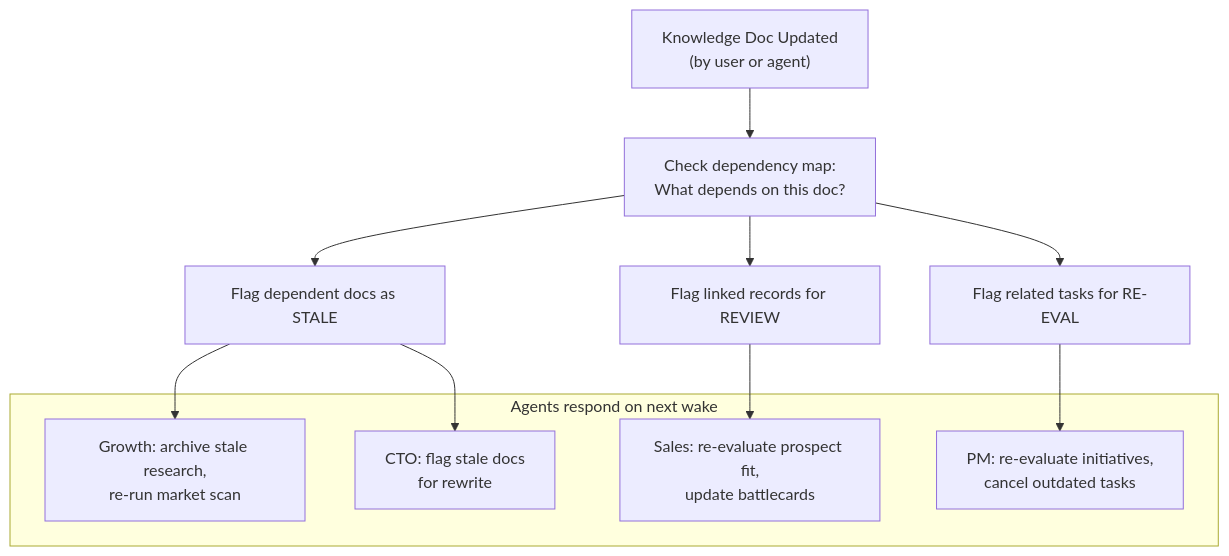
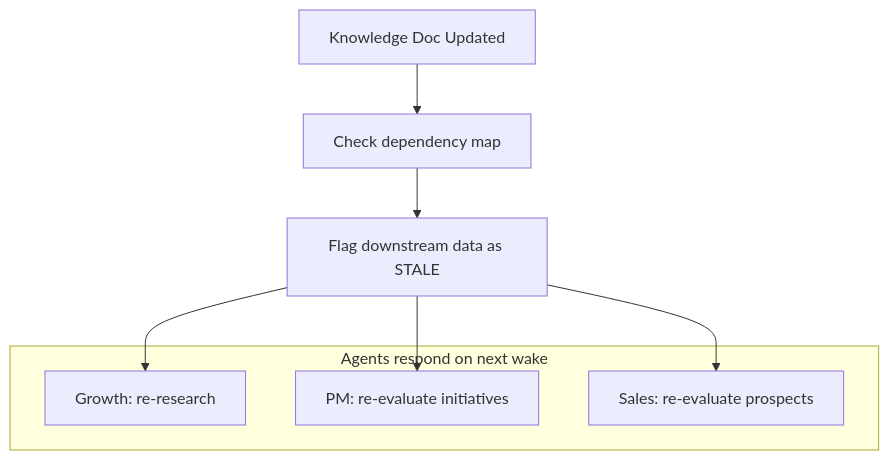
One commit to damien-schneider/reflet changed diagram 11 of 11 in docs/autopilot_arch_graph.md. Above: the diagram before and after it, drawn with Mermaid. The commit also changed other lines of this file and 144 other files, not shown here.

First line of the commit message:
refactor(autopilot): remove unused modules and consolidate schema into work/activity system

````diff
--- a/docs/autopilot_arch_graph.md
+++ b/docs/autopilot_arch_graph.md
@@ -351,23 +319,15 @@
 ```mermaid
 graph TB
-    CHANGE["Knowledge Doc Updated<br/>(by user or agent)"]
-
-    CASCADE["Check dependency map:<br/>What depends on this doc?"]
-
-    FLAG_DOCS["Flag dependent docs as STALE"]
-    FLAG_RECORDS["Flag linked records for REVIEW"]
-    FLAG_TASKS["Flag related tasks for RE-EVAL"]
+    CHANGE["Knowledge Doc Updated"]
+    CASCADE["Check dependency map"]
+    FLAG["Flag downstream data as STALE"]
 
     subgraph "Agents respond on next wake"
-        GRO_RESP["Growth: archive stale research,<br/>re-run market scan"]
-        PM_RESP["PM: re-evaluate initiatives,<br/>cancel outdated tasks"]
-        SAL_RESP["Sales: re-evaluate prospect fit,<br/>update battlecards"]
-        CTO_RESP["CTO: flag stale docs<br/>for rewrite"]
+        GRO["Growth: re-research"]
+        PM["PM: re-evaluate initiatives"]
+        SAL["Sales: re-evaluate prospects"]
     end
 
-    CHANGE --> CASCADE
-    CASCADE --> FLAG_DOCS & FLAG_RECORDS & FLAG_TASKS
-    FLAG_DOCS --> GRO_RESP & CTO_RESP
-    FLAG_RECORDS --> SAL_RESP
-    FLAG_TASKS --> PM_RESP
+    CHANGE --> CASCADE --> FLAG
+    FLAG --> GRO & PM & SAL
 ```
````
